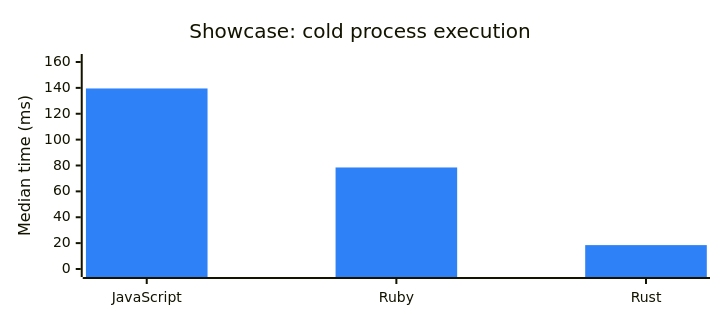
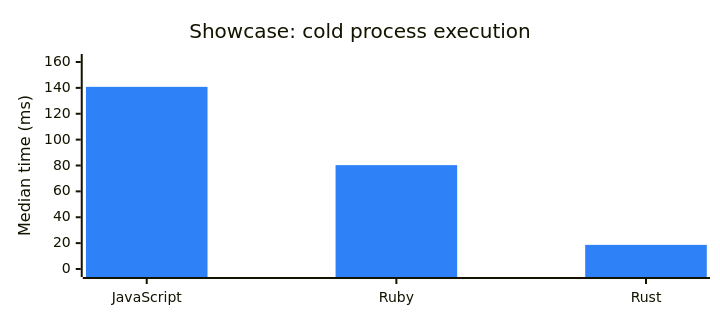
One commit to Jetplugins/adoc-engine changed the third of 4 diagrams in README.md. Above: the diagram before and after it, drawn with Mermaid. The commit also changed other lines of this file and 20 other files, not shown here.

````diff
--- a/README.md
+++ b/README.md
@@ -269,8 +269,8 @@
 ```mermaid
 %%{init: {"xyChart": {"width": 700, "height": 300}, "themeVariables": {"xyChart": {"plotColorPalette": "#2f81f7"}}}}%%
 xychart-beta
     title "Showcase: cold process execution"
     x-axis [JavaScript, Ruby, Rust]
     y-axis "Median time (ms)" 0 --> 160
-    bar [139.547, 78.474, 18.467]
+    bar [140.807, 80.291, 18.654]
 ```
````
